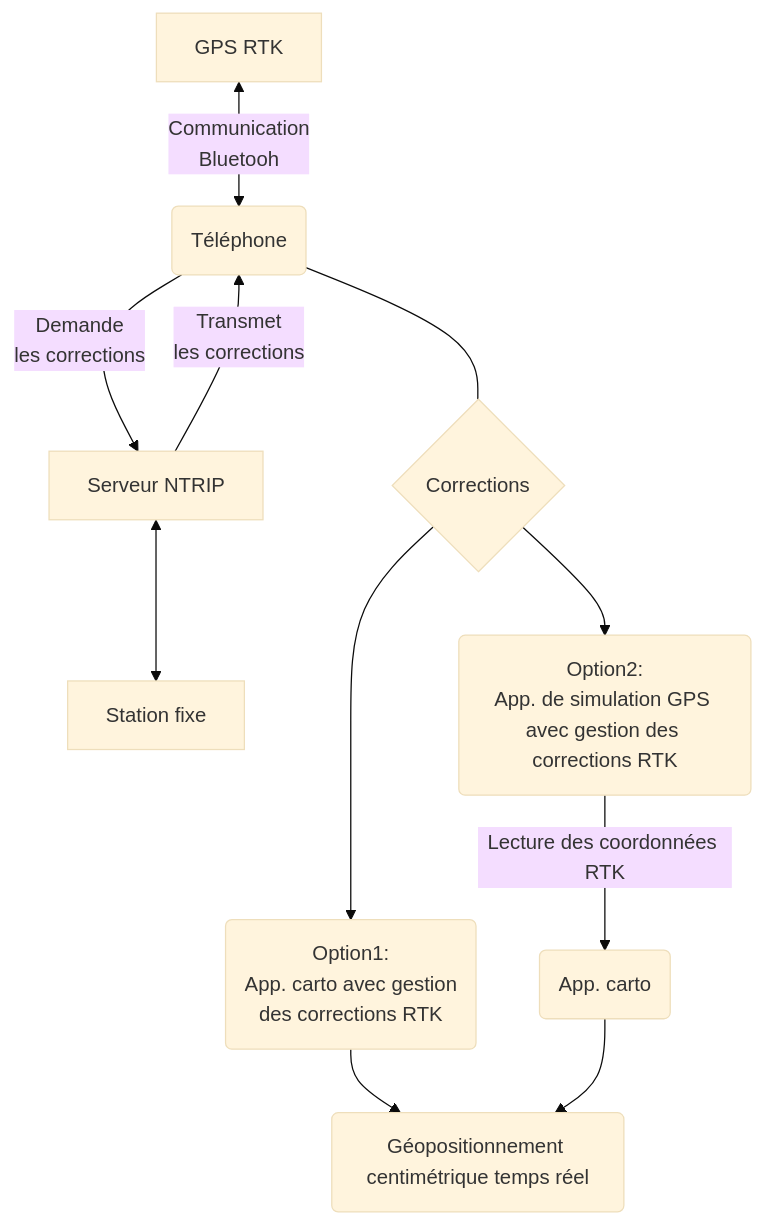
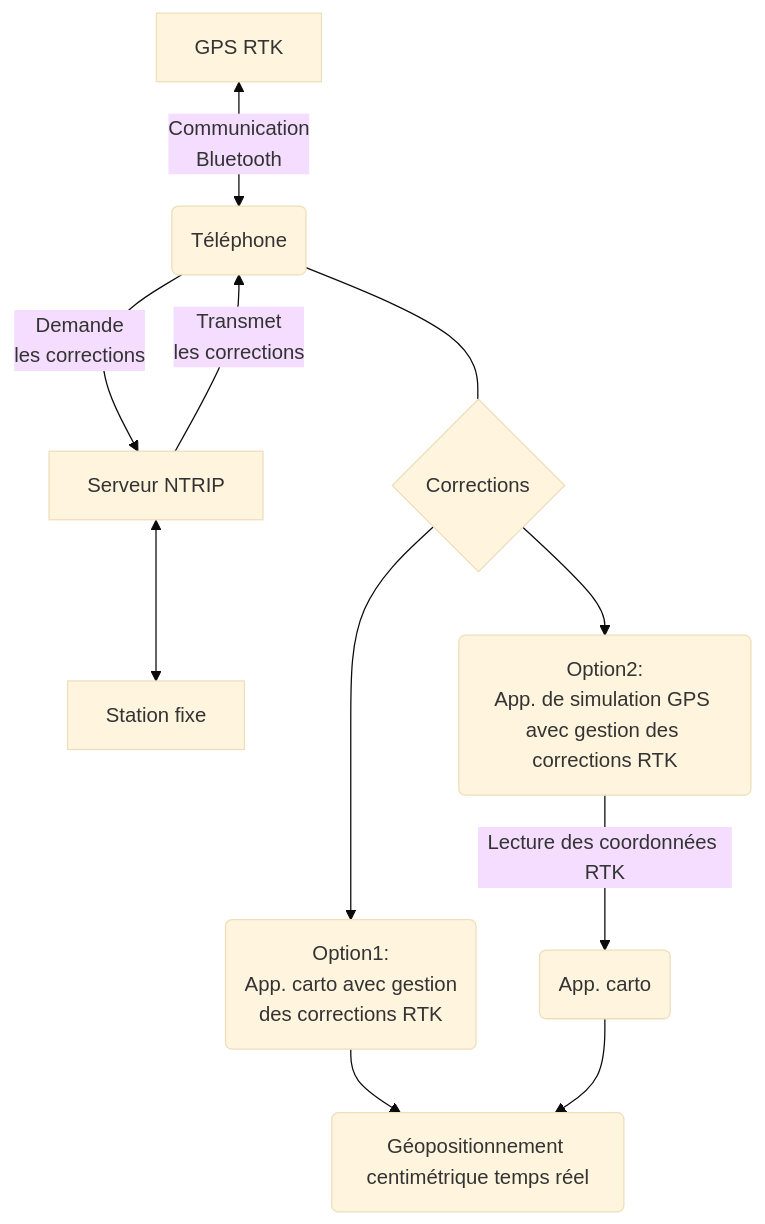
The diagram in content/articles/2023/2023-09-05_tutoriel-geolocalisation-haute-precision.md (geotribu/website), drawn with Mermaid (base theme) before and after one commit. The commit also changed other lines of this file, not shown here.

````diff
--- a/content/articles/2023/2023-09-05_tutoriel-geolocalisation-haute-precision.md
+++ b/content/articles/2023/2023-09-05_tutoriel-geolocalisation-haute-precision.md
@@ -93,10 +93,10 @@
 ```mermaid
 graph TD
-    A[GPS RTK] <--> |Communication<br>Bluetooh| R(Téléphone)
+    A[GPS RTK] <--> |Communication<br>Bluetooth| R(Téléphone)
     R --> |Demande<br>les corrections| D[Serveur NTRIP]<-->J[Station fixe]
     D --> |Transmet<br>les corrections| R
     R --- T{Corrections}
     T --> B(Option1:<br>App. carto avec gestion <br>des corrections RTK)-->Z(Géopositionnement centimétrique temps réel)
     T --> C(Option2:<br>App. de simulation GPS <br>avec gestion des corrections RTK)
     C --> |Lecture des coordonnées RTK| G(App. carto)-->Z
 ```
````
